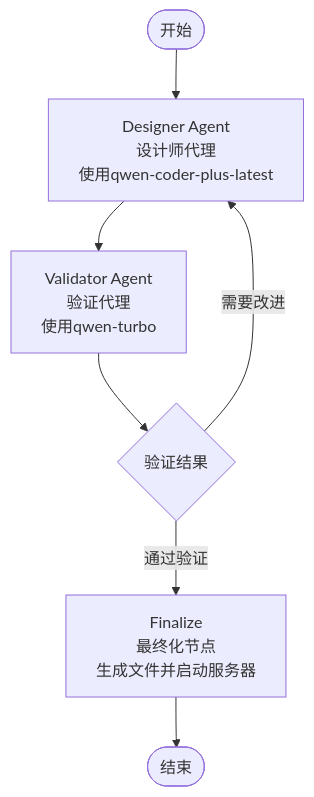
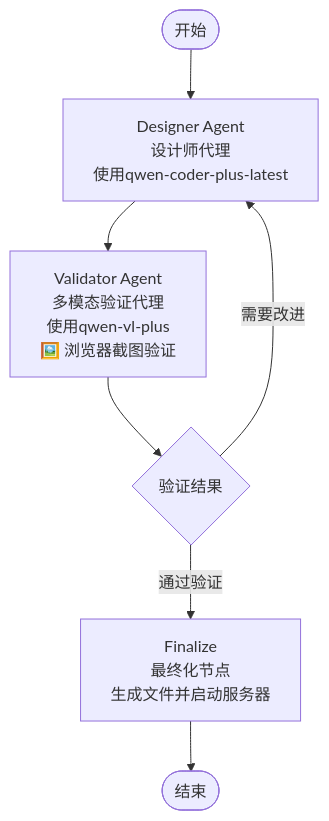
The diagram in agent-frameworks/langgraph/prototype_design/LANGGRAPH_STUDIO_GUIDE.md (ccw33/Agents), drawn with Mermaid before and after one commit. The commit also changed other lines of this file and 32 other files, not shown here.

````diff
--- a/agent-frameworks/langgraph/prototype_design/LANGGRAPH_STUDIO_GUIDE.md
+++ b/agent-frameworks/langgraph/prototype_design/LANGGRAPH_STUDIO_GUIDE.md
@@ -66,9 +69,9 @@
 ```mermaid
 graph TD
     START([开始]) --> designer[Designer Agent<br/>设计师代理<br/>使用qwen-coder-plus-latest]
-    designer --> validator[Validator Agent<br/>验证代理<br/>使用qwen-turbo]
+    designer --> validator[Validator Agent<br/>多模态验证代理<br/>使用qwen-vl-plus<br/>🖼️ 浏览器截图验证]
     validator --> decision{验证结果}
     decision -->|需要改进| designer
     decision -->|通过验证| finalize[Finalize<br/>最终化节点<br/>生成文件并启动服务器]
     finalize --> END([结束])
 ```
````
